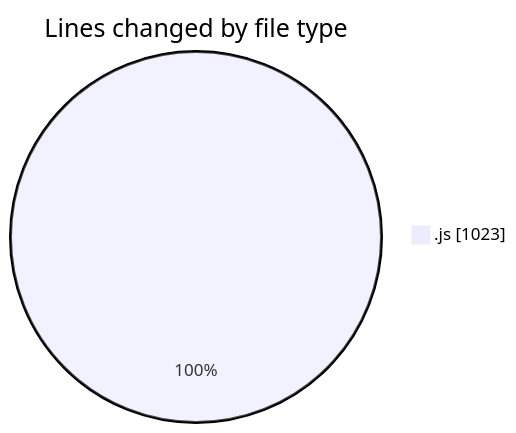
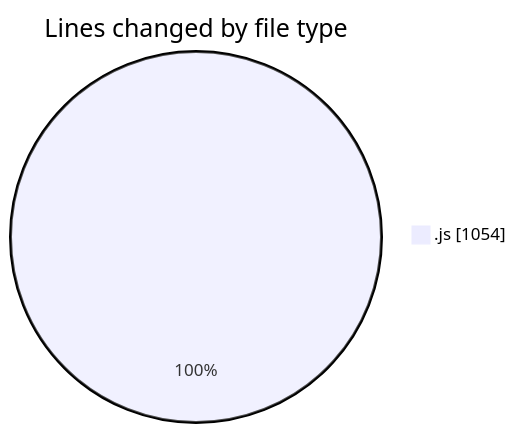
One commit to momahboobian/code-tracking changed the first of 2 diagrams in 2026-02-04/cda/README.md. Above: the diagram before and after it, drawn with Mermaid. The commit also changed other lines of this file and 1 other file, not shown here.

````diff
--- a/2026-02-04/cda/README.md
+++ b/2026-02-04/cda/README.md
@@ -20,5 +20,5 @@
 ```mermaid
 pie showData
 title Lines changed by file type
-".js" : 1023
+".js" : 1054
 ```
````
